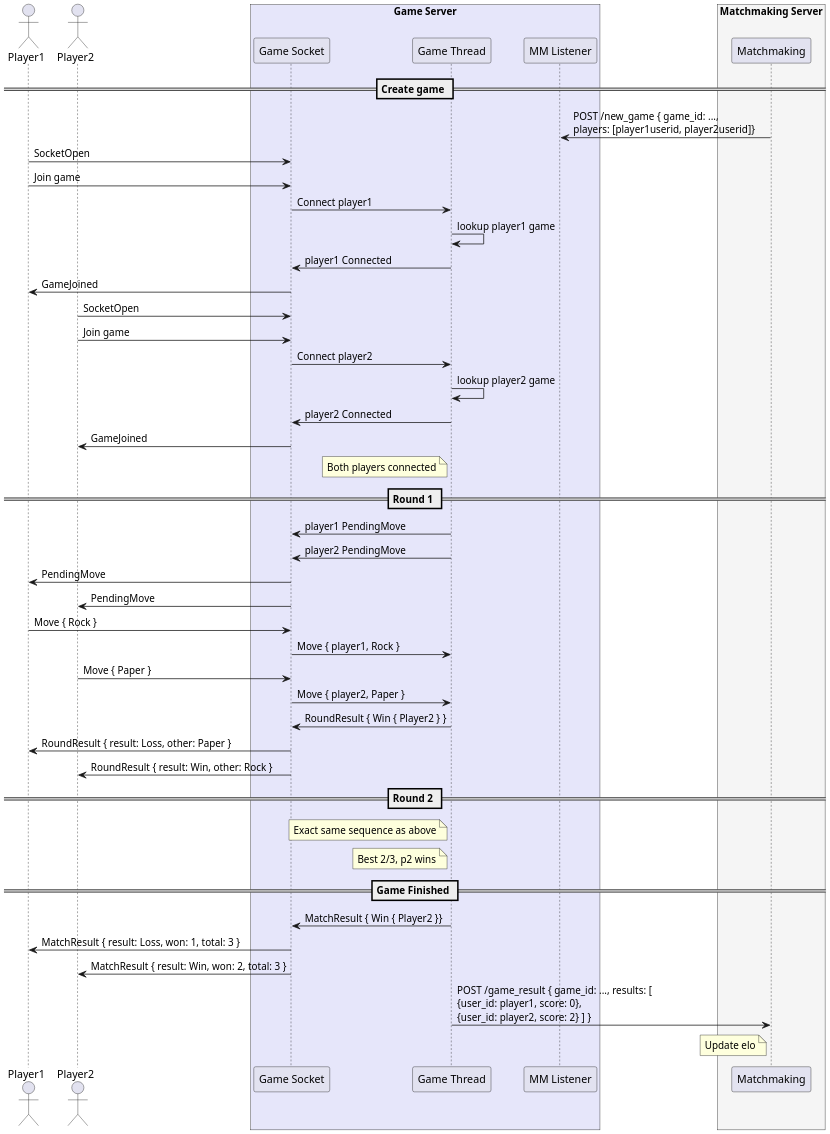
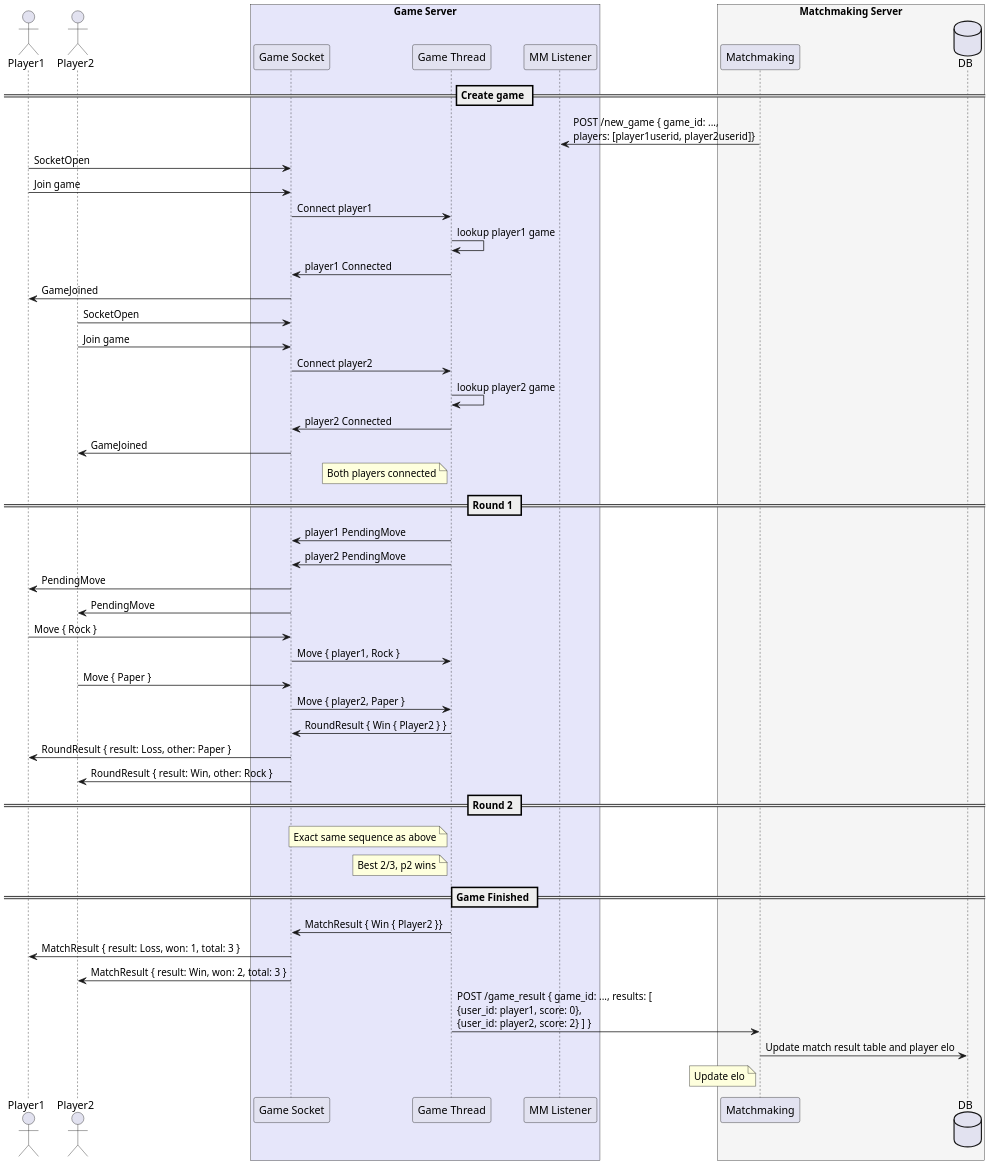
The diagram in docs/game_sequence.puml (jonathancyu/websocket-game-server), drawn with PlantUML before and after one commit. The commit also changed 1 other file, not shown here.

```diff
--- a/docs/game_sequence.puml
+++ b/docs/game_sequence.puml
@@ -1,59 +1,61 @@
 @startuml
 scale 2
 actor "Player1" as p1
 actor "Player2" as p2
 box "Game Server" #Lavender
     participant "Game Socket" as socket
     participant "Game Thread" as thread
     participant "MM Listener" as mm_listener
 end box
 box "Matchmaking Server" #WhiteSmoke
     participant "Matchmaking" as mm
+    database "DB" as db
 end box
 
 
 == Create game ==
 mm_listener <- mm : POST /new_game { game_id: ..., \nplayers: [player1userid, player2userid]}
 p1 -> socket : SocketOpen
 p1 -> socket : Join game
 socket -> thread : Connect player1
 thread -> thread : lookup player1 game
 socket <- thread : player1 Connected
 p1 <- socket : GameJoined
 
 p2 -> socket : SocketOpen
 p2 -> socket : Join game
 socket -> thread : Connect player2
 thread -> thread : lookup player2 game
 socket <- thread : player2 Connected
 p2 <- socket : GameJoined
 note left thread : Both players connected
 
 == Round 1 ==
 socket <- thread : player1 PendingMove
 socket <- thread : player2 PendingMove
 p1 <- socket : PendingMove
 p2 <- socket : PendingMove
 p1 -> socket : Move { Rock }
 socket -> thread : Move { player1, Rock }
 p2 -> socket : Move { Paper }
 socket -> thread : Move { player2, Paper }
 socket <- thread : RoundResult { Win { Player2 } }
 p1 <- socket : RoundResult { result: Loss, other: Paper }
 p2 <- socket : RoundResult { result: Win, other: Rock }
 
 == Round 2 ==
 note left thread : Exact same sequence as above
 note left thread : Best 2/3, p2 wins
 
 == Game Finished ==
 socket <- thread : MatchResult { Win { Player2 }}
 p1 <- socket : MatchResult { result: Loss, won: 1, total: 3 }
 p2 <- socket : MatchResult { result: Win, won: 2, total: 3 }
 thread -> mm : POST /game_result { game_id: ..., results: [ \n{user_id: player1, score: 0}, \n{user_id: player2, score: 2} ] }
+mm -> db : Update match result table and player elo
 note left mm : Update elo
 
 
 
 
 @enduml
```
